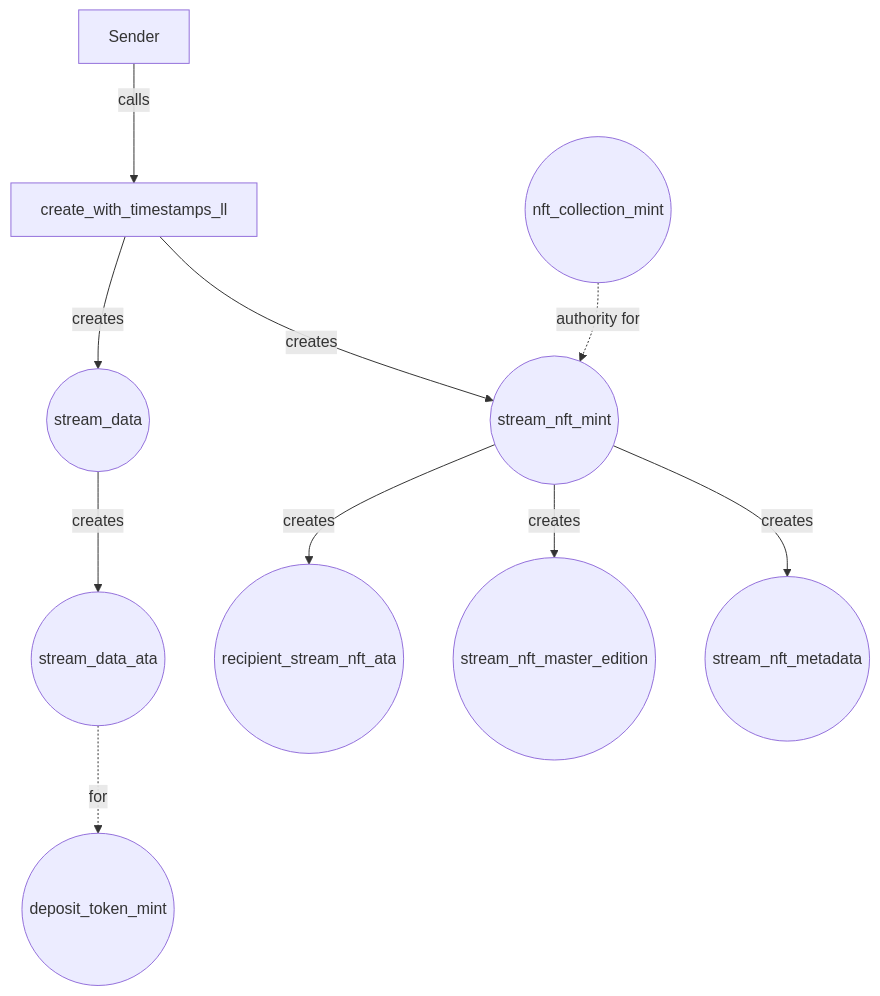
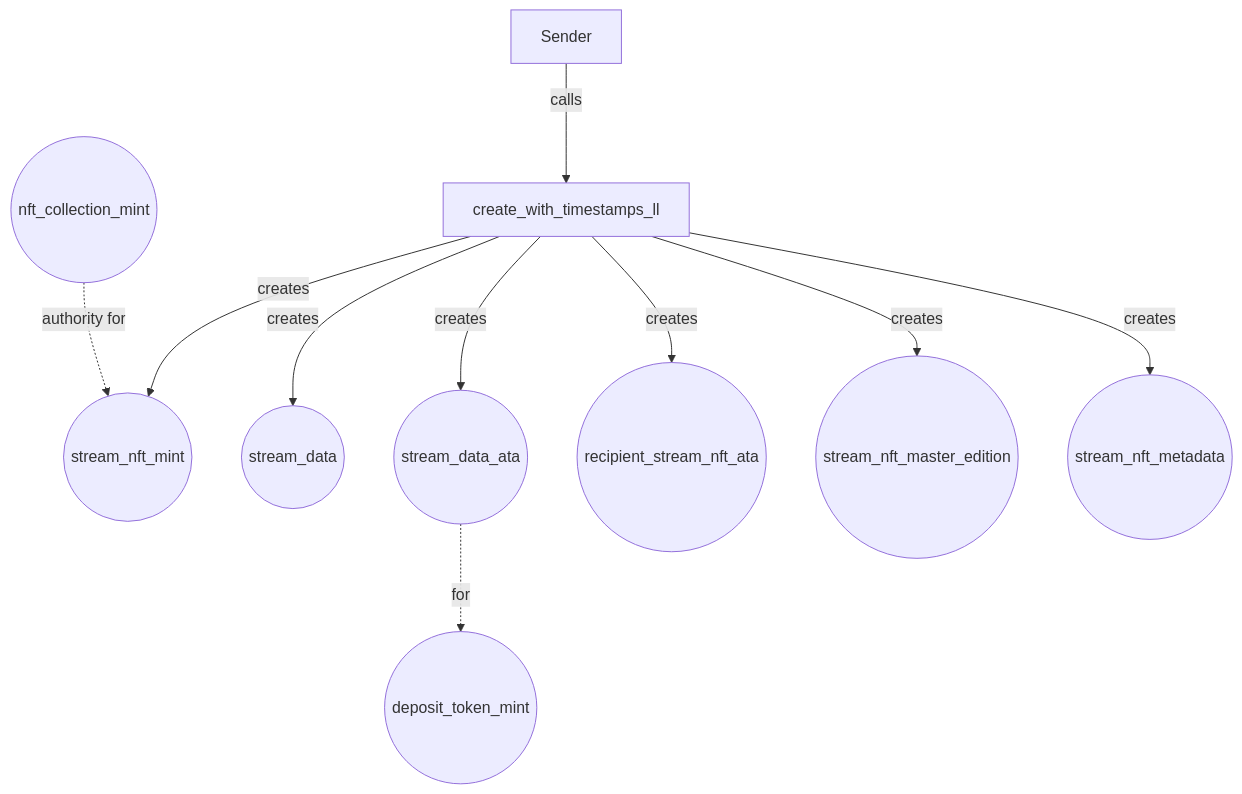
The fourth of 10 diagrams in docs/solana/accounts-architecture/01-lockup.md (sablier-labs/docs), drawn with Mermaid before and after one commit. The commit also changed other lines of this file and 3 other files, not shown here.

````diff
--- a/docs/solana/accounts-architecture/01-lockup.md
+++ b/docs/solana/accounts-architecture/01-lockup.md
@@ -71,14 +71,14 @@
 ```mermaid
 flowchart TD
     A[Sender] -->|calls| B[create_with_timestamps_ll]
 
     B --> |creates| C((stream_nft_mint))
     C0((nft_collection_mint)) -.-> |authority for| C
     B --> |creates| D((stream_data))
-    D --> |creates| H((stream_data_ata))
+    B --> |creates| H((stream_data_ata))
     H -.-> |for| H1((deposit_token_mint))
 
-    C --> |creates| C1((recipient_stream_nft_ata))
-    C --> |creates| C2((stream_nft_master_edition))
-    C --> |creates| C3((stream_nft_metadata))
+    B --> |creates| C1((recipient_stream_nft_ata))
+    B --> |creates| C2((stream_nft_master_edition))
+    B --> |creates| C3((stream_nft_metadata))
 ```
````
